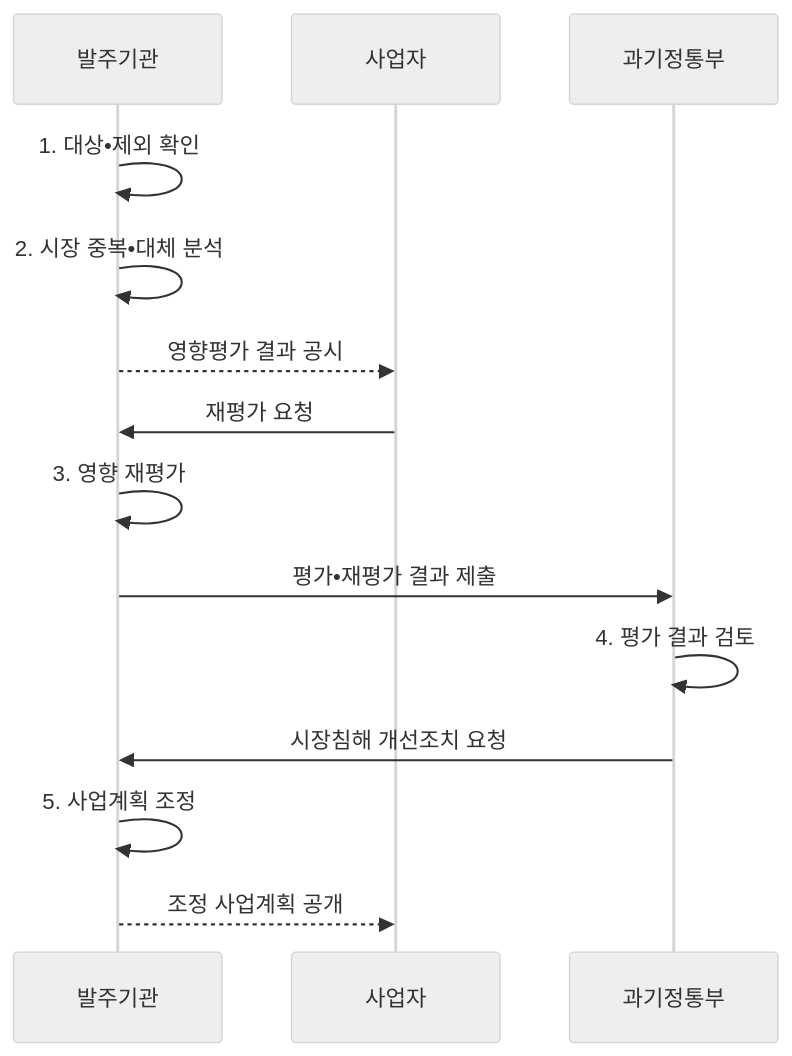
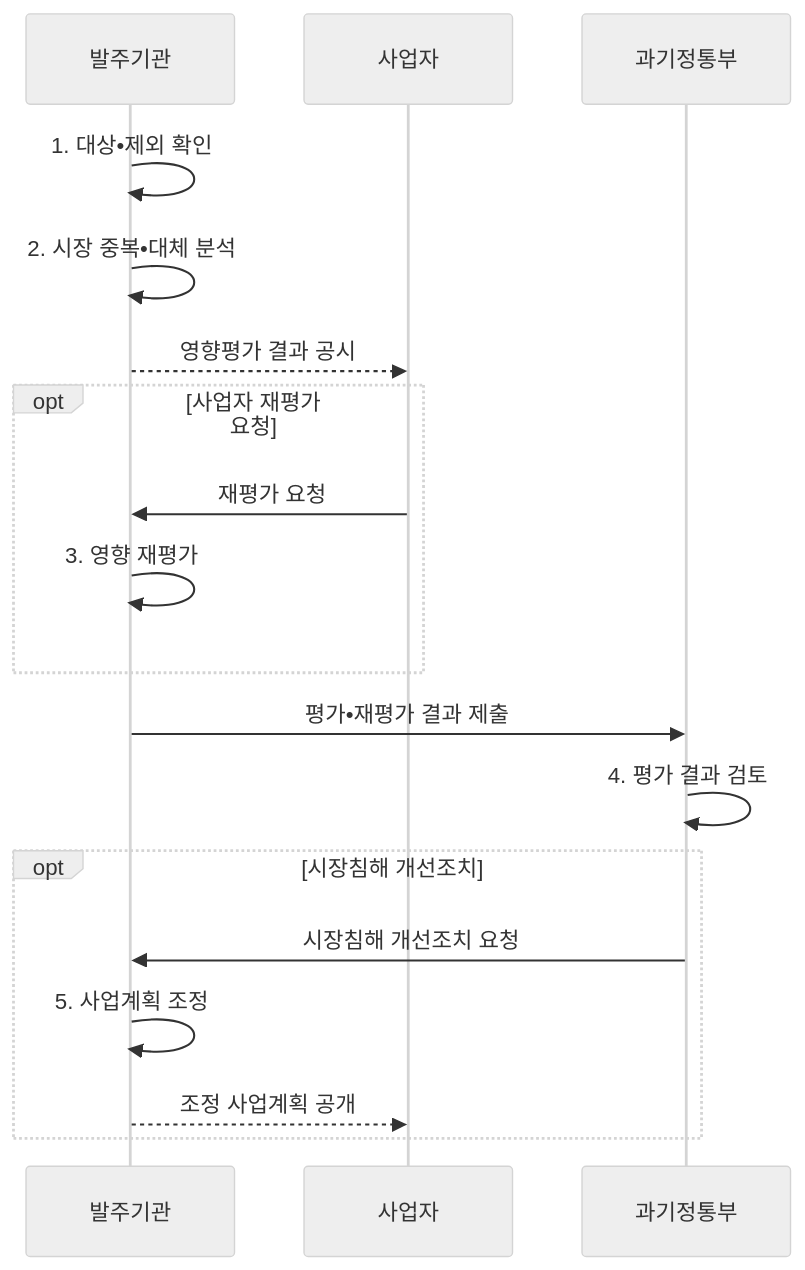
One commit to agnusdei1207/knowledge-base changed the second of 2 diagrams in src/content/docs/notes/07-law-policy/017_sw_business_impact_assessment.md. Above: the diagram before and after it, drawn with Mermaid (neutral theme). The commit also changed other lines of this file and 18 other files, not shown here.

````diff
--- a/src/content/docs/notes/07-law-policy/017_sw_business_impact_assessment.md
+++ b/src/content/docs/notes/07-law-policy/017_sw_business_impact_assessment.md
@@ -106,16 +106,20 @@
 ```mermaid
 sequenceDiagram
     participant 발주기관
     participant 사업자
     participant 과기정통부
     발주기관->>발주기관: 1. 대상•제외 확인
     발주기관->>발주기관: 2. 시장 중복•대체 분석
     발주기관-->>사업자: 영향평가 결과 공시
-    사업자->>발주기관: 재평가 요청
-    발주기관->>발주기관: 3. 영향 재평가
+    opt 사업자 재평가 요청
+        사업자->>발주기관: 재평가 요청
+        발주기관->>발주기관: 3. 영향 재평가
+    end
     발주기관->>과기정통부: 평가•재평가 결과 제출
     과기정통부->>과기정통부: 4. 평가 결과 검토
-    과기정통부->>발주기관: 시장침해 개선조치 요청
-    발주기관->>발주기관: 5. 사업계획 조정
-    발주기관-->>사업자: 조정 사업계획 공개
+    opt 시장침해 개선조치
+        과기정통부->>발주기관: 시장침해 개선조치 요청
+        발주기관->>발주기관: 5. 사업계획 조정
+        발주기관-->>사업자: 조정 사업계획 공개
+    end
 ```
````
